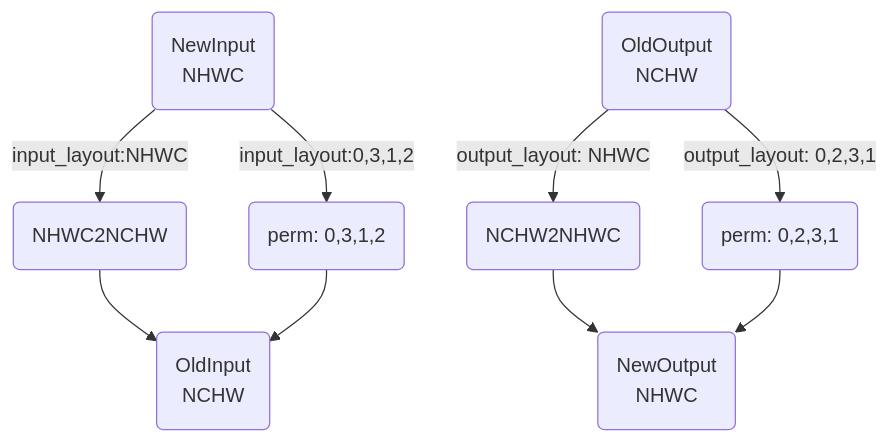
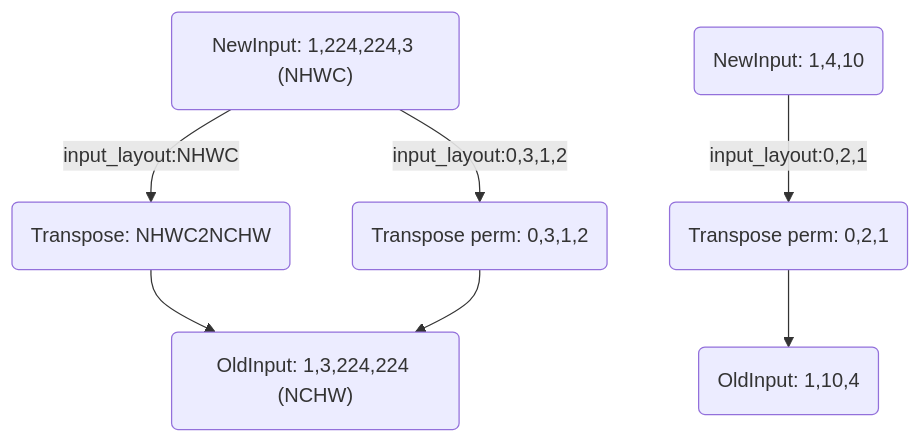
Before and after one commit to kendryte/nncase: the third of 4 diagrams in docs/USAGE_v2.x.md, drawn with Mermaid. The commit also changed other lines of this file and 2 other files, not shown here.

````diff
--- a/docs/USAGE_v2.x.md
+++ b/docs/USAGE_v2.x.md
@@ -86,8 +120,9 @@
 ```mermaid
-graph TB
-	NewInput("NewInput\nNHWC") --"input_layout:"NHWC""--> Transpose0("NHWC2NCHW") --> OldInput("OldInput\nNCHW")
-	NewInput("NewInput\nNHWC") --"input_layout:"0,3,1,2""--> Transpose1("perm: 0,3,1,2") --> OldInput("OldInput\nNCHW")
+graph TD;
+    NewInput --"input_layout:"NHWC""--> Transpose0("Transpose: NHWC2NCHW") --> OldInput;
+    NewInput("NewInput: 1,224,224,3 (NHWC)") --"input_layout:"0,3,1,2""--> Transpose1("Transpose perm: 0,3,1,2") --> OldInput("OldInput: 1,3,224,224 (NCHW)");
 
-	OldOutput("OldOutput\n NCHW") --"output_layout: "NHWC""--> Transpose2("NCHW2NHWC") --> NewOutput("NewOutput\nNHWC")
-	OldOutput("OldOutput\n NCHW") --"output_layout: "0,2,3,1""--> Transpose3("perm: 0,2,3,1") --> NewOutput("NewOutput\nNHWC")
+    NewInput1("NewInput: 1,4,10") --"input_layout:"0,2,1""-->Transpose2("Transpose perm: 0,2,1") --> OldInput2("OldInput: 1,10,4");
+
+
 ```
````
